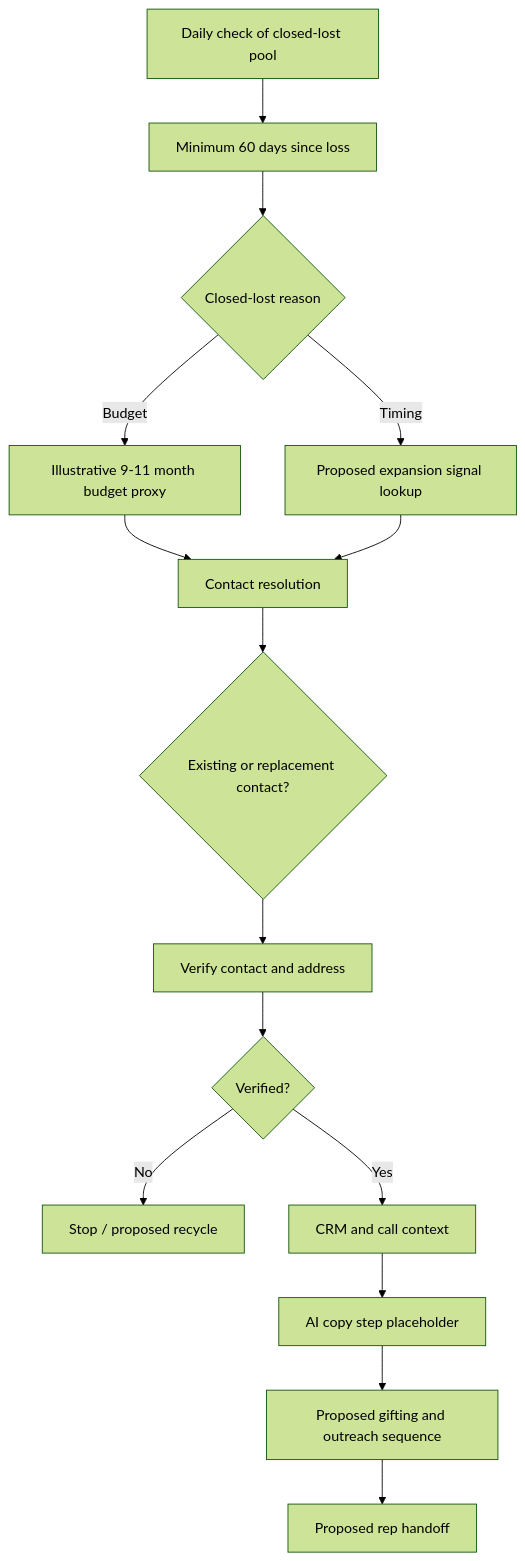
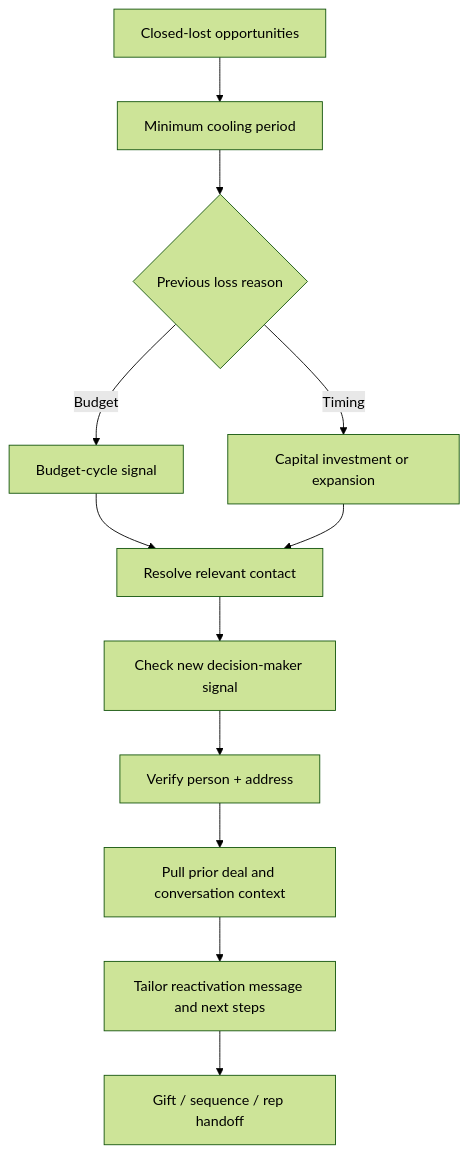
One commit to jtwood7/ai-growth-automation-portfolio changed the diagram in docs/reactivation.md. Above: the diagram before and after it, drawn with Mermaid (forest theme). The commit also changed other lines of this file, not shown here.

````diff
--- a/docs/reactivation.md
+++ b/docs/reactivation.md
@@ -5,17 +11,14 @@
 ```mermaid
 flowchart TD
-    A[Daily check of closed-lost pool] --> B[Minimum 60 days since loss]
-    B --> C{Closed-lost reason}
-    C -->|Budget| D[Illustrative 9-11 month budget proxy]
-    C -->|Timing| E[Proposed expansion signal lookup]
-    D --> F[Contact resolution]
-    E --> F
-    F --> G{Existing or replacement contact?}
-    G --> H[Verify contact and address]
-    H --> I{Verified?}
-    I -->|No| J[Stop / proposed recycle]
-    I -->|Yes| K[CRM and call context]
-    K --> L[AI copy step placeholder]
-    L --> M[Proposed gifting and outreach sequence]
-    M --> N[Proposed rep handoff]
+ A["Closed-lost opportunities"] --> B["Minimum cooling period"]
+ B --> C{"Previous loss reason"}
+ C -->|Budget| D["Budget-cycle signal"]
+ C -->|Timing| E["Capital investment or expansion"]
+ D --> F["Resolve relevant contact"]
+ E --> F
+ F --> G["Check new decision-maker signal"]
+ G --> H["Verify person + address"]
+ H --> I["Pull prior deal and conversation context"]
+ I --> J["Tailor reactivation message and next steps"]
+ J --> K["Gift / sequence / rep handoff"]
 ```
````
